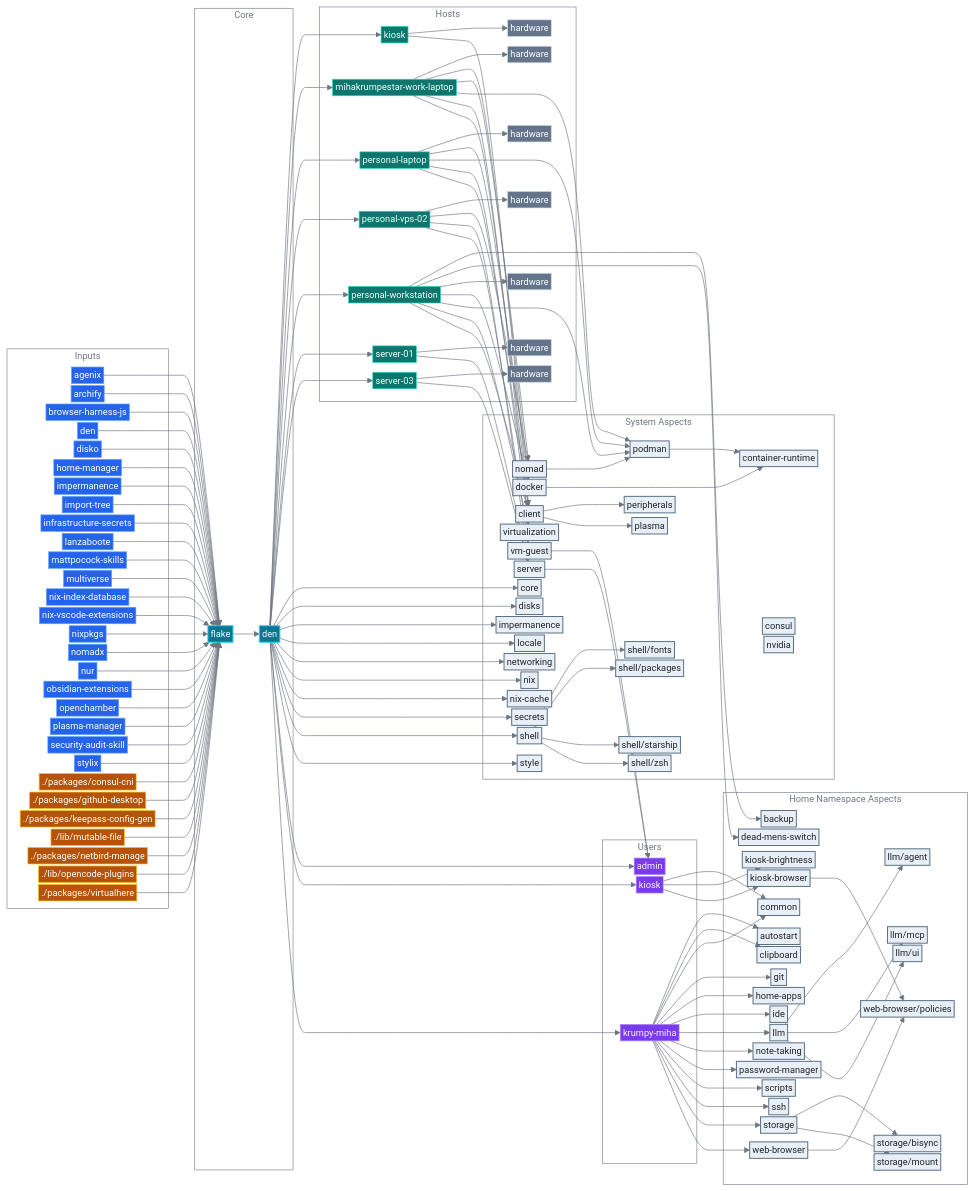
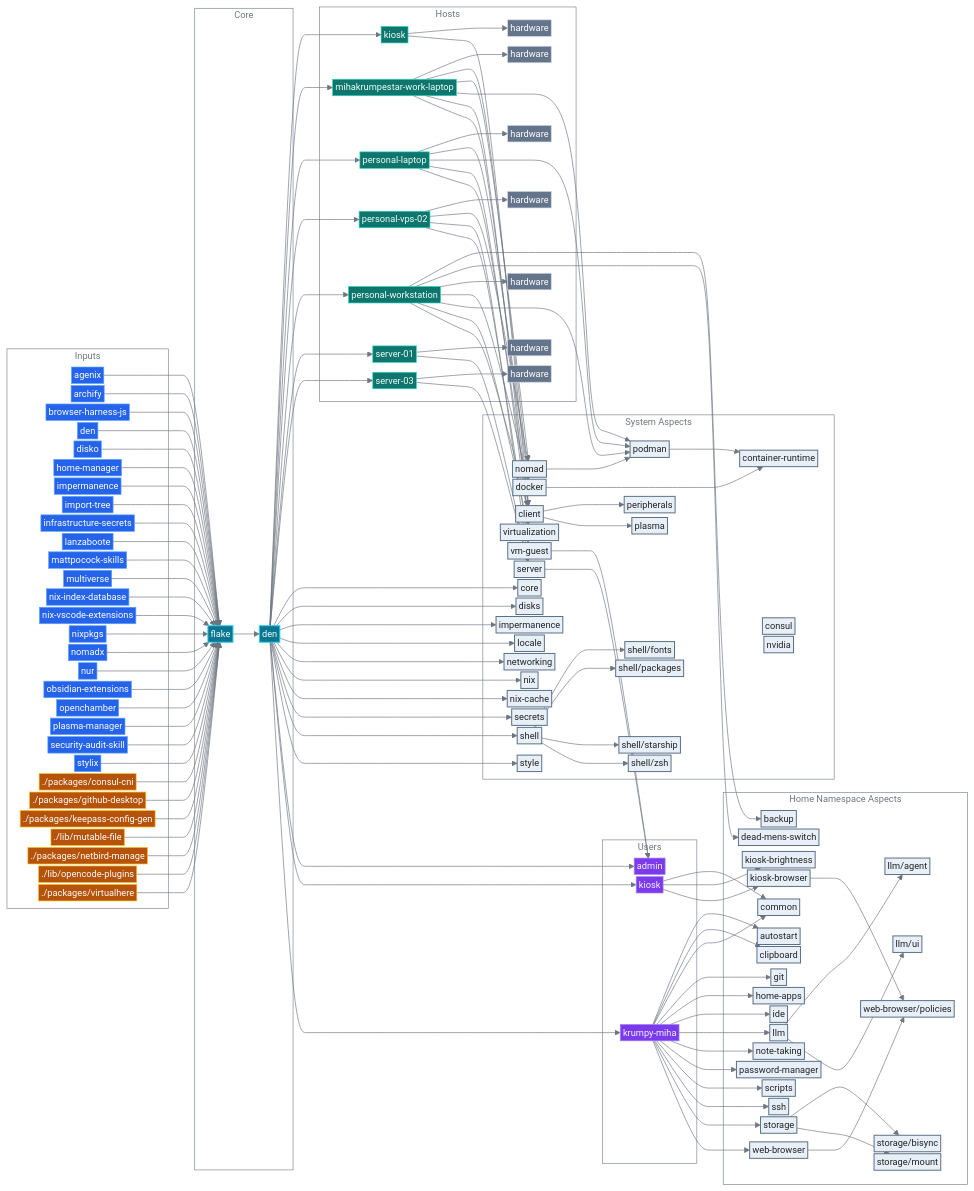
One commit to mihakrumpestar/infrastructure changed the diagram in README.md. Above: the diagram before and after it, drawn with Mermaid. The commit also changed other lines of this file and 6 other files, not shown here.

```diff
--- a/README.md
+++ b/README.md
@@ -210,7 +210,6 @@
         home_kiosk_browser["kiosk-browser"]:::aspect
         home_llm_agent["llm/agent"]:::aspect
         home_llm["llm"]:::aspect
-        home_llm_mcp["llm/mcp"]:::aspect
         home_llm_ui["llm/ui"]:::aspect
         home_note_taking["note-taking"]:::aspect
         home_password_manager["password-manager"]:::aspect
@@ -270,7 +269,6 @@
     flake --> den
     home_kiosk_browser --> home_web_browser_policies
     home_llm --> home_llm_agent
-    home_llm --> home_llm_mcp
     home_llm --> home_llm_ui
     home_storage --> home_storage_bisync
     home_storage --> home_storage_mount
```
